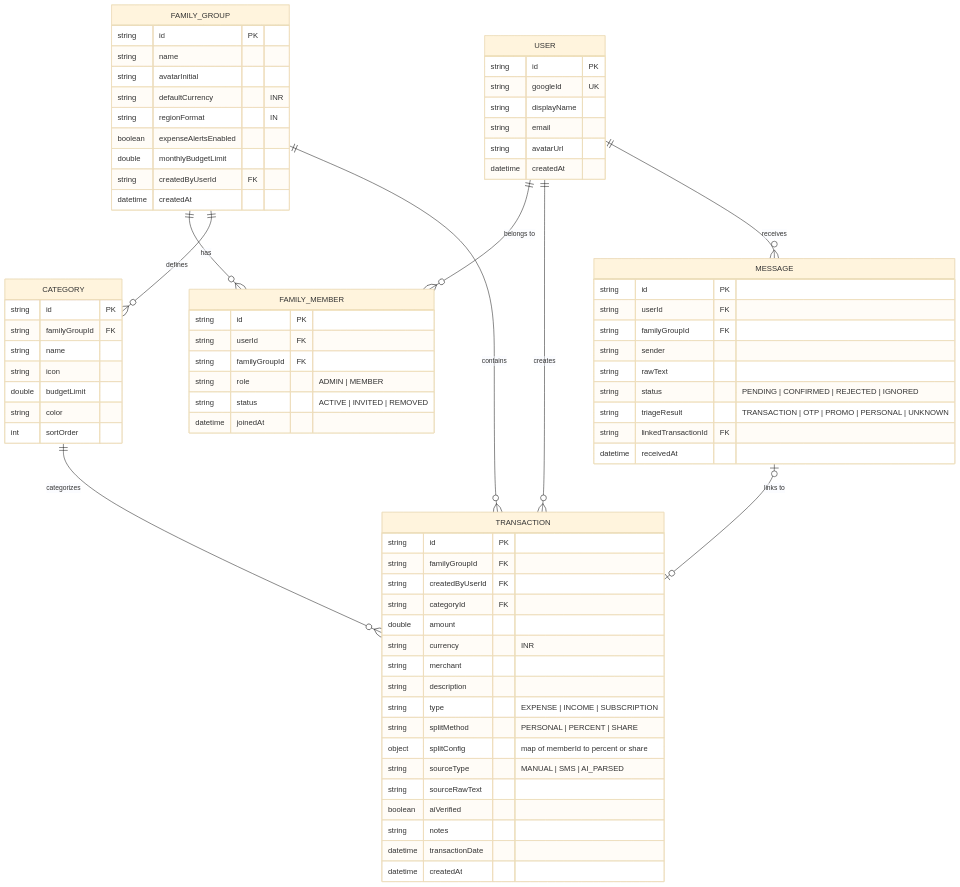
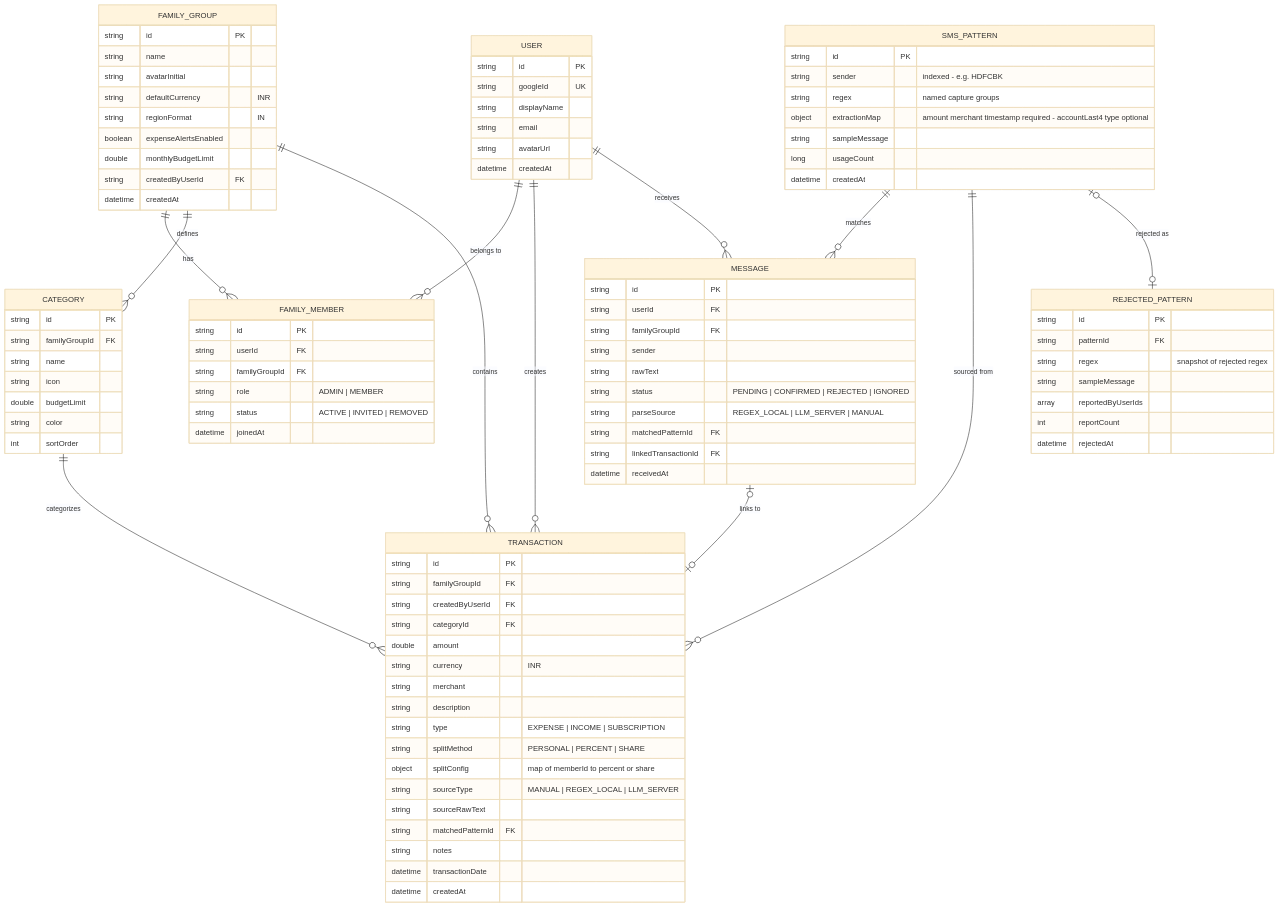
The third of 3 diagrams in plans/development_plan.md (jayy2kok/budgetly), drawn with Mermaid (base theme) before and after one commit. The commit also changed other lines of this file and 5 other files, not shown here.

First line of the commit message:
feat: redesign SMS parsing architecture — hybrid regex + LLM fallback

````diff
--- a/plans/development_plan.md
+++ b/plans/development_plan.md
@@ -292,9 +316,9 @@
         string type "EXPENSE | INCOME | SUBSCRIPTION"
         string splitMethod "PERSONAL | PERCENT | SHARE"
         object splitConfig "map of memberId to percent or share"
-        string sourceType "MANUAL | SMS | AI_PARSED"
+        string sourceType "MANUAL | REGEX_LOCAL | LLM_SERVER"
         string sourceRawText
-        boolean aiVerified
+        string matchedPatternId FK
         string notes
         datetime transactionDate
         datetime createdAt
@@ -307,9 +331,30 @@
         string sender
         string rawText
         string status "PENDING | CONFIRMED | REJECTED | IGNORED"
-        string triageResult "TRANSACTION | OTP | PROMO | PERSONAL | UNKNOWN"
+        string parseSource "REGEX_LOCAL | LLM_SERVER | MANUAL"
+        string matchedPatternId FK
         string linkedTransactionId FK
         datetime receivedAt
+    }
+
+    SMS_PATTERN {
+        string id PK
+        string sender "indexed - e.g. HDFCBK"
+        string regex "named capture groups"
+        object extractionMap "amount merchant timestamp required - accountLast4 type optional"
+        string sampleMessage
+        long usageCount
+        datetime createdAt
+    }
+
+    REJECTED_PATTERN {
+        string id PK
+        string patternId FK
+        string regex "snapshot of rejected regex"
+        string sampleMessage
+        array reportedByUserIds
+        int reportCount
+        datetime rejectedAt
     }
 
     USER ||--o{ FAMILY_MEMBER : "belongs to"
@@ -320,4 +365,7 @@
     CATEGORY ||--o{ TRANSACTION : "categorizes"
     USER ||--o{ MESSAGE : "receives"
     MESSAGE |o--o| TRANSACTION : "links to"
+    SMS_PATTERN ||--o{ MESSAGE : "matches"
+    SMS_PATTERN ||--o{ TRANSACTION : "sourced from"
+    SMS_PATTERN |o--o| REJECTED_PATTERN : "rejected as"
 ```
````
